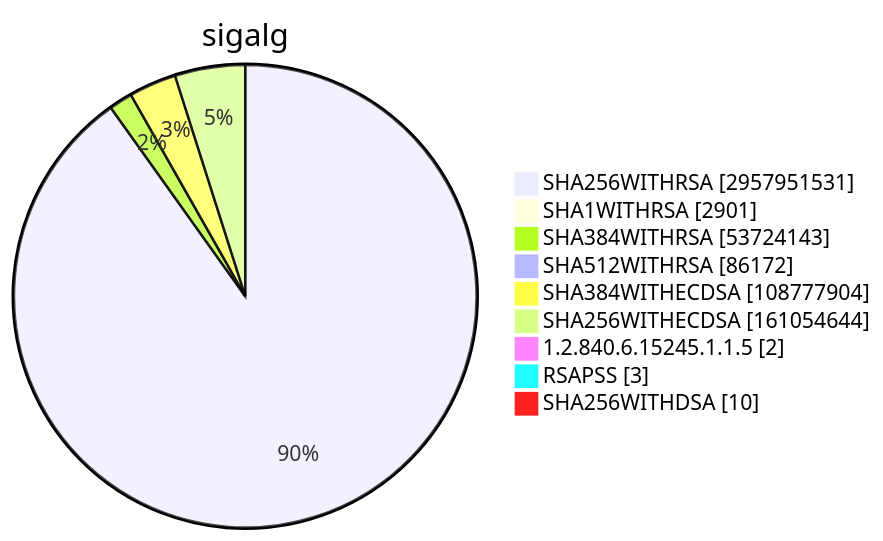
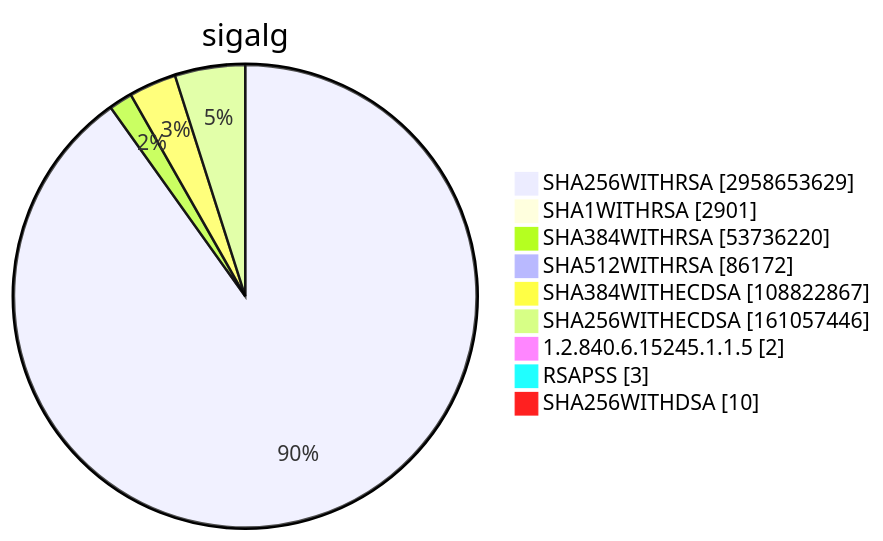
Diagram 15 of 15 in TOTAL/README.md (christiankrug/ctmonitor_visualization), drawn with Mermaid before and after one commit. The commit also changed other lines of this file, not shown here.

````diff
--- a/TOTAL/README.md
+++ b/TOTAL/README.md
@@ -6207,13 +6207,13 @@
 ```mermaid
 pie showData
 title sigalg
-"SHA256WITHRSA" :2957951531
+"SHA256WITHRSA" :2958653629
 "SHA1WITHRSA" :2901
-"SHA384WITHRSA" :53724143
+"SHA384WITHRSA" :53736220
 "SHA512WITHRSA" :86172
-"SHA384WITHECDSA" :108777904
-"SHA256WITHECDSA" :161054644
+"SHA384WITHECDSA" :108822867
+"SHA256WITHECDSA" :161057446
 "1.2.840.6.15245.1.1.5" :2
 "RSAPSS" :3
 "SHA256WITHDSA" :10
 ```
````
